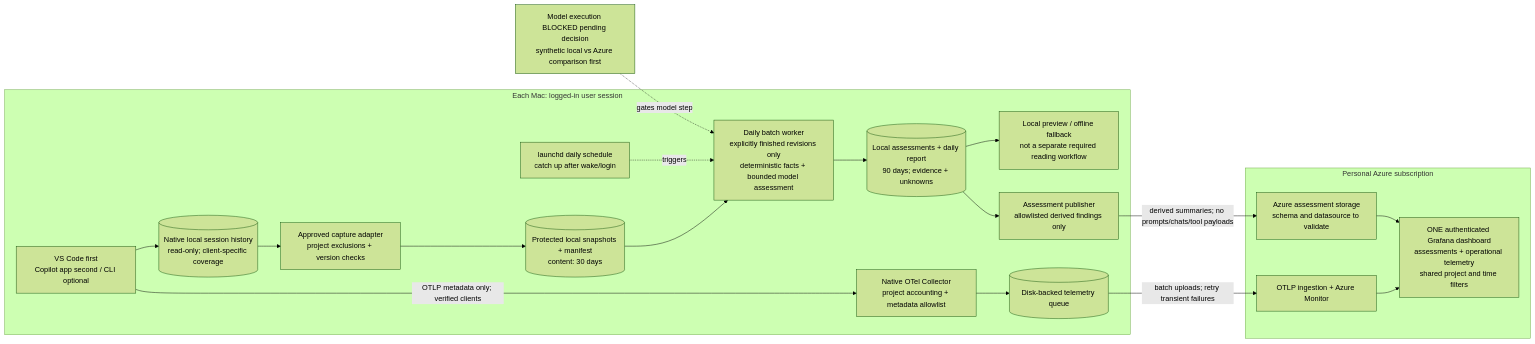
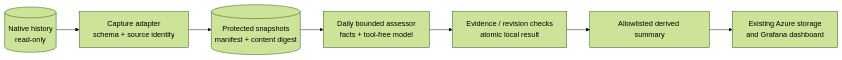
Before and after one commit to prasann/copilot-otel: the diagram in PLAN.md, drawn with Mermaid (forest theme). The commit also changed other lines of this file and 29 other files, not shown here.

First line of the commit message:
feat: add daily session reflection and retire legacy assets

````diff
--- a/PLAN.md
+++ b/PLAN.md
@@ -75,33 +37,11 @@
 ```mermaid
 flowchart LR
-  subgraph Mac["Each Mac: logged-in user session"]
-    Sources["VS Code first<br/>Copilot app second / CLI optional"]
-    Native[("Native local session history<br/>read-only; client-specific coverage")]
-    Capture["Approved capture adapter<br/>project exclusions + version checks"]
-    Content[("Protected local snapshots + manifest<br/>content: 30 days")]
-    Batch["Daily batch worker<br/>explicitly finished revisions only<br/>deterministic facts + bounded model assessment"]
-    Reports[("Local assessments + daily report<br/>90 days; evidence + unknowns")]
-    Review["Local preview / offline fallback<br/>not a separate required reading workflow"]
-    Publish["Assessment publisher<br/>allowlisted derived findings only"]
-    Schedule["launchd daily schedule<br/>catch up after wake/login"]
-    Sources --> Native
-    Native --> Capture --> Content --> Batch --> Reports --> Review
-    Schedule -. triggers .-> Batch
-    Reports --> Publish
-    Collector["Native OTel Collector<br/>project accounting + metadata allowlist"]
-    Queue[("Disk-backed telemetry queue")]
-    Sources -->|"OTLP metadata only; verified clients"| Collector
-    Collector --> Queue
-  end
-  subgraph Azure["Personal Azure subscription"]
-    Ingest["OTLP ingestion + Azure Monitor"]
-    Findings["Azure assessment storage<br/>schema and datasource to validate"]
-    Dashboards["ONE authenticated Grafana dashboard<br/>assessments + operational telemetry<br/>shared project and time filters"]
-    Ingest --> Dashboards
-    Findings --> Dashboards
-  end
-  Queue -->|"batch uploads; retry transient failures"| Ingest
-  Publish -->|"derived summaries; no prompts/chats/tool payloads"| Findings
-  Decision["Model execution BLOCKED pending decision<br/>synthetic local vs Azure comparison first"]
-  Decision -. gates model step .-> Batch
+  Native[("Native history<br/>read-only")]
+  Capture["Capture adapter<br/>schema + source identity"]
+  Snapshot[("Protected snapshots<br/>manifest + content digest")]
+  Assess["Daily bounded assessor<br/>facts + tool-free model"]
+  Validate["Evidence / revision checks<br/>atomic local result"]
+  Publish["Allowlisted derived summary"]
+  Dashboard["Existing Azure storage<br/>and Grafana dashboard"]
+  Native --> Capture --> Snapshot --> Assess --> Validate --> Publish --> Dashboard
 ```
````
